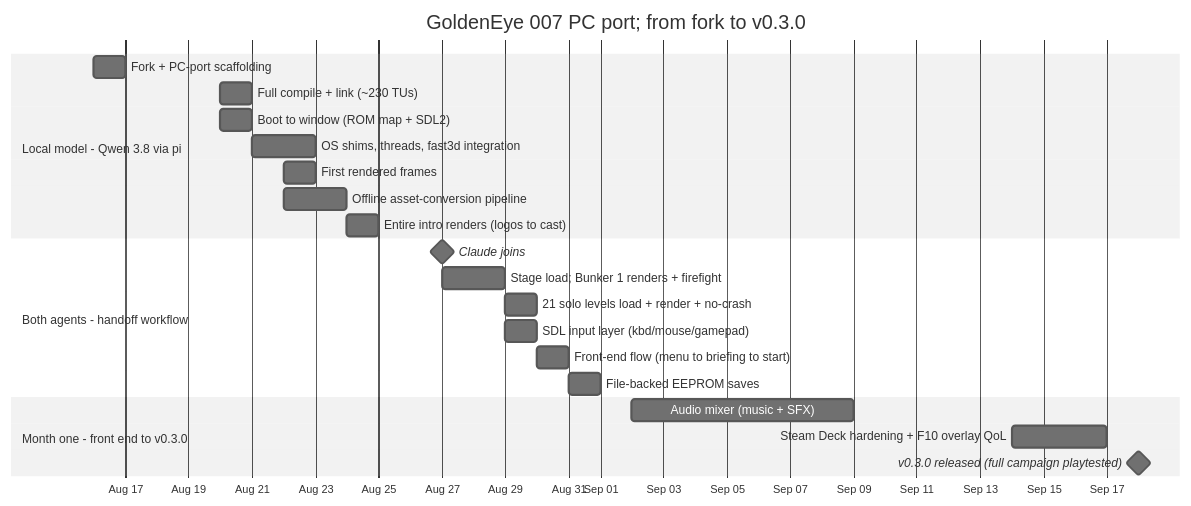
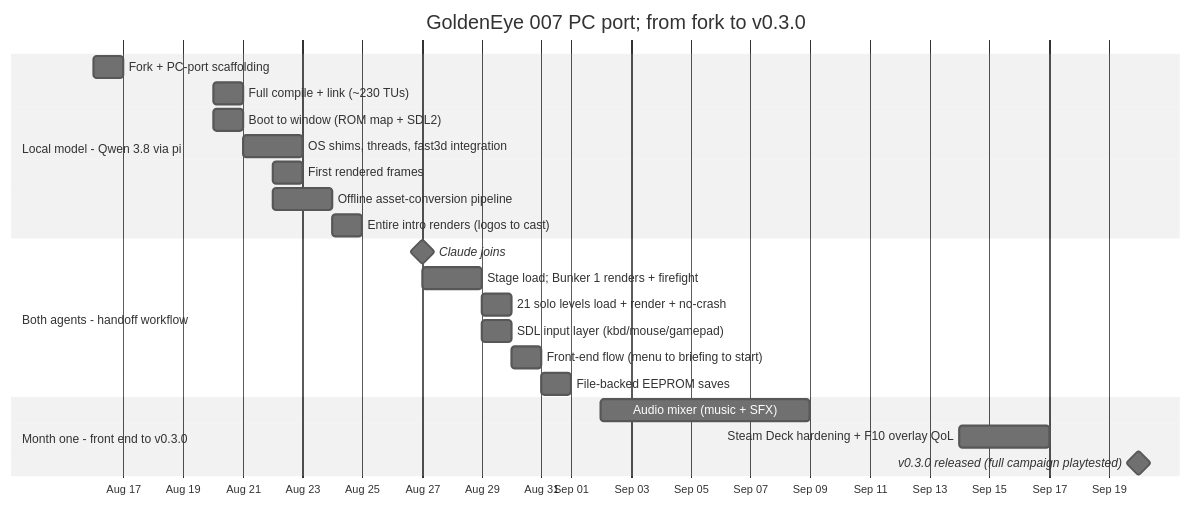
The first of 5 diagrams in docs/dev/agentic-development.md (Sleepsong/goldeneye-pc-port), drawn with Mermaid (neutral theme) before and after one commit. The commit also changed other lines of this file, not shown here.

Commit message:
docs(agentic-development): v0.3.0 release date 9/18 -> 9/20; refresh milestone stats (36 days, ~835 commits, D1-D321/199 entries, M-192, velocity chart through 9/20)

````diff
--- a/docs/dev/agentic-development.md
+++ b/docs/dev/agentic-development.md
@@ -67,25 +67,25 @@
 ```mermaid
 gantt
     dateFormat YYYY-MM-DD
     axisFormat %b %d
     title GoldenEye 007 PC port; from fork to v0.3.0
     section Local model - Qwen 3.8 via pi
     Fork + PC-port scaffolding            :m1, 2026-08-16, 1d
     Full compile + link (~230 TUs)        :m2, 2026-08-20, 1d
     Boot to window (ROM map + SDL2)       :m3, 2026-08-20, 1d
     OS shims, threads, fast3d integration :2026-08-21, 2d
     First rendered frames                 :m4, 2026-08-22, 1d
     Offline asset-conversion pipeline     :2026-08-22, 2d
     Entire intro renders (logos to cast)  :m5, 2026-08-24, 1d
     section Both agents - handoff workflow
     Claude joins                          :milestone, 2026-08-27, 0d
     Stage load; Bunker 1 renders + firefight :2026-08-27, 2d
     21 solo levels load + render + no-crash  :m6, 2026-08-29, 1d
     SDL input layer (kbd/mouse/gamepad)   :2026-08-29, 1d
     Front-end flow (menu to briefing to start) :m7, 2026-08-30, 1d
     File-backed EEPROM saves              :2026-08-31, 1d
     section Month one - front end to v0.3.0
     Audio mixer (music + SFX)              :2026-09-02, 7d
     Steam Deck hardening + F10 overlay QoL :2026-09-14, 3d
-    v0.3.0 released (full campaign playtested) :milestone, 2026-09-18, 0d
+    v0.3.0 released (full campaign playtested) :milestone, 2026-09-20, 0d
 ```
````
